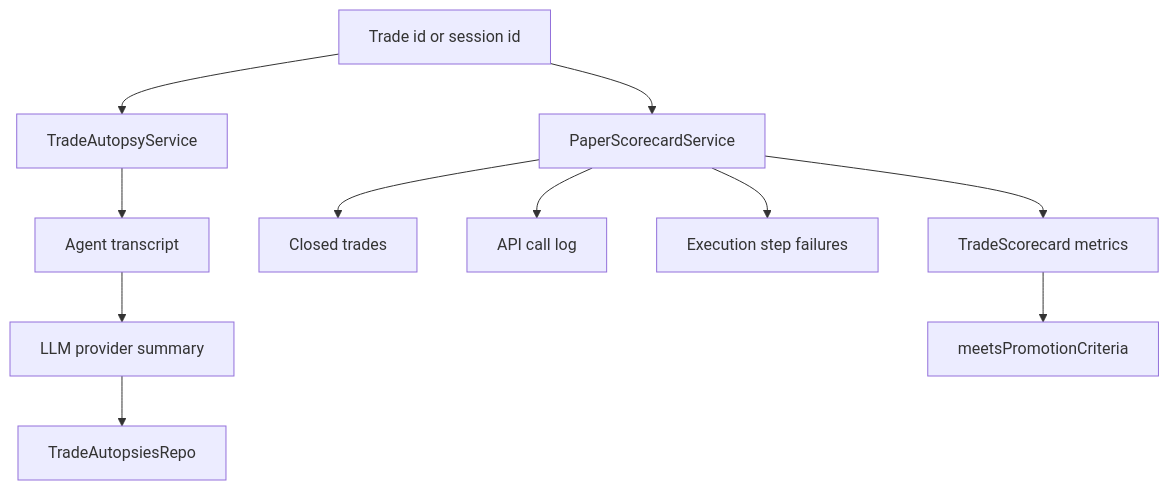
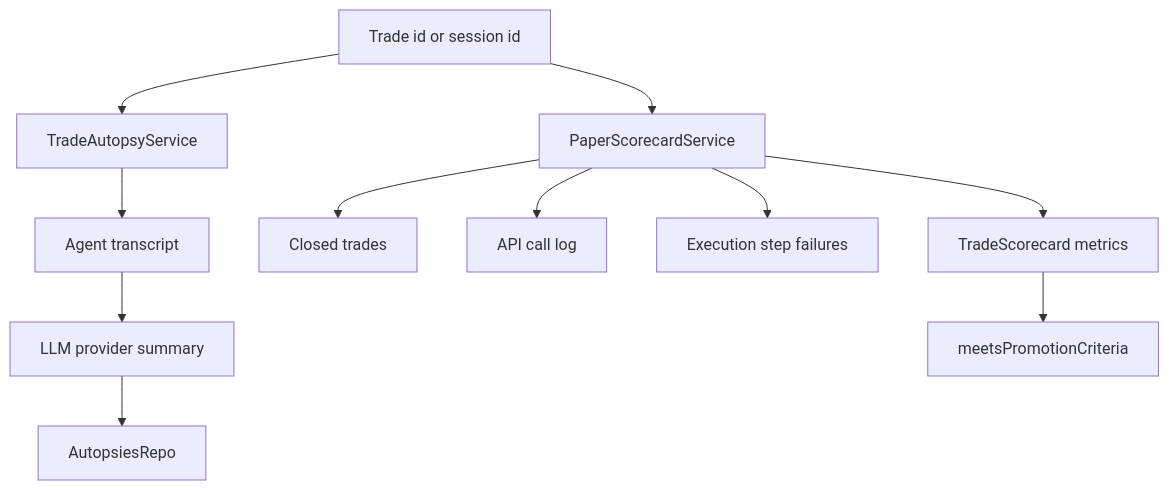
The diagram in electron/main/services/analytics/README.md (KennethAtchon/Exva), drawn with Mermaid before and after one commit. The commit also changed 449 other files, not shown here.

````diff
--- a/electron/main/services/analytics/README.md
+++ b/electron/main/services/analytics/README.md
@@ -18,13 +18,13 @@
 ```mermaid
 flowchart TD
     Trade[Trade id or session id] --> Autopsy[TradeAutopsyService]
     Autopsy --> Messages[Agent transcript]
     Messages --> Provider[LLM provider summary]
-    Provider --> AutopsyRepo[TradeAutopsiesRepo]
+    Provider --> AutopsyRepo[AutopsiesRepo]
     Trade --> Scorecard[PaperScorecardService]
     Scorecard --> ClosedTrades[Closed trades]
     Scorecard --> ApiSpend[API call log]
     Scorecard --> Steps[Execution step failures]
     Scorecard --> Metrics[TradeScorecard metrics]
     Metrics --> Criteria[meetsPromotionCriteria]
 ```
````
